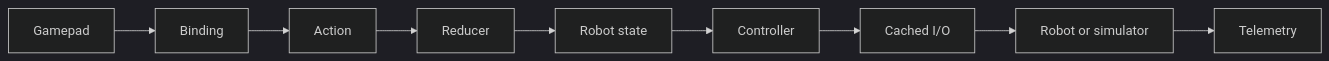
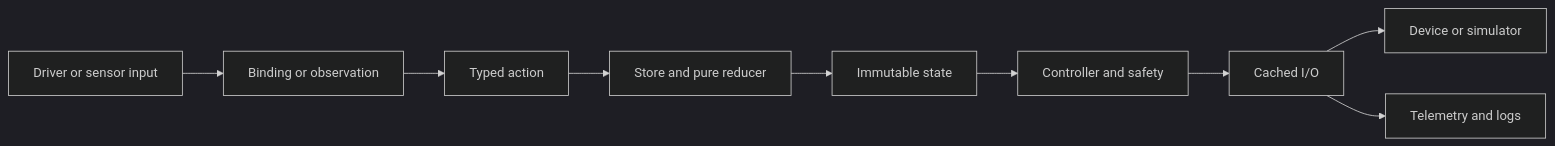
Before and after one commit to ARES-23247/ARESWEB: the diagram in content/learning/robotics-foundations/02-input-to-output.md, drawn with Mermaid (dark theme). The commit also changed other lines of this file and 8 other files, not shown here.

Commit message:
feat(academy): make robot flow interactive

````diff
--- a/content/learning/robotics-foundations/02-input-to-output.md
+++ b/content/learning/robotics-foundations/02-input-to-output.md
@@ -20,12 +35,12 @@
 ```mermaid
-%% aria: A gamepad request becomes an action, then state, then a controller output before a hardware or simulator adapter uses it.
+%% aria: Driver or sensor input becomes a typed action, then immutable state, then a checked controller output at the cached hardware boundary, followed by telemetry.
 flowchart LR
-    A["Gamepad"] --> B["Binding"]
-    B --> C["Action"]
-    C --> D["Reducer"]
-    D --> E["Robot state"]
-    E --> F["Controller"]
-    F --> G["Cached I/O"]
-    G --> H["Robot or simulator"]
-    H --> I["Telemetry"]
+  A["Driver or sensor input"] --> B["Binding or observation"]
+  B --> C["Typed action"]
+  C --> D["Store and pure reducer"]
+  D --> E["Immutable state"]
+  E --> F["Controller and safety"]
+  F --> G["Cached I/O"]
+  G --> H["Device or simulator"]
+  G --> I["Telemetry and logs"]
 ```
````
